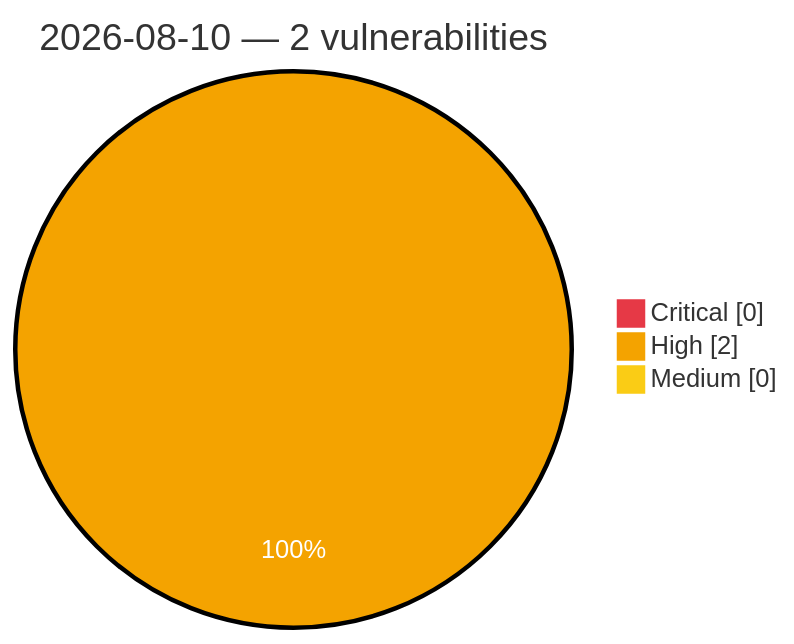
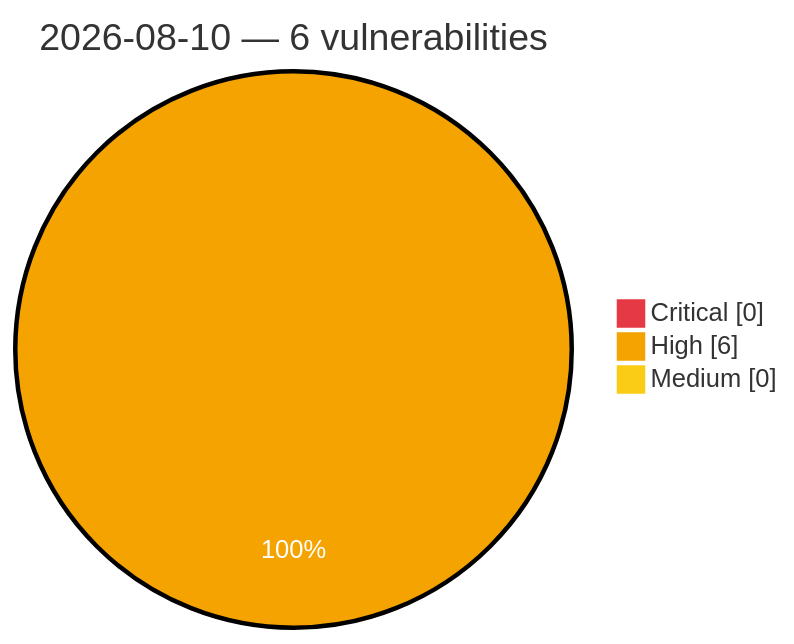
Before and after one commit to GhostX0X/vuln-tracker: the diagram in vulnerabilities/2026/August/2026-08-10.md, drawn with Mermaid. The commit also changed other lines of this file and 5 other files, not shown here.

````diff
--- a/vulnerabilities/2026/August/2026-08-10.md
+++ b/vulnerabilities/2026/August/2026-08-10.md
@@ -3,8 +3,8 @@
 ```mermaid
 %%{init: {'theme':'base', 'themeVariables': {'pie1':'#e63946', 'pie2':'#f4a300', 'pie3':'#facc15', 'pieOpacity':'1', 'pieOuterStrokeWidth':'2px', 'pieSectionTextColor':'#ffffff'}}}%%
 pie showData
-    title 2026-08-10 — 2 vulnerabilities
+    title 2026-08-10 — 6 vulnerabilities
     "Critical" : 0
-    "High" : 2
+    "High" : 6
     "Medium" : 0
 ```
````
